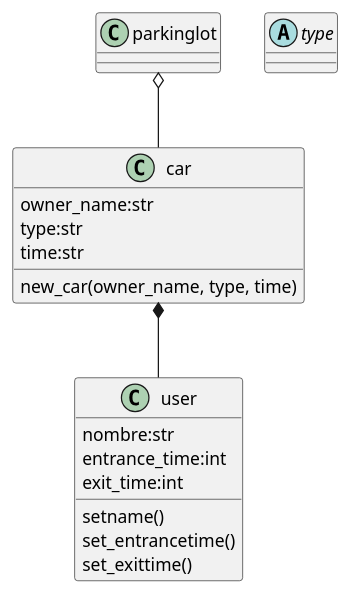
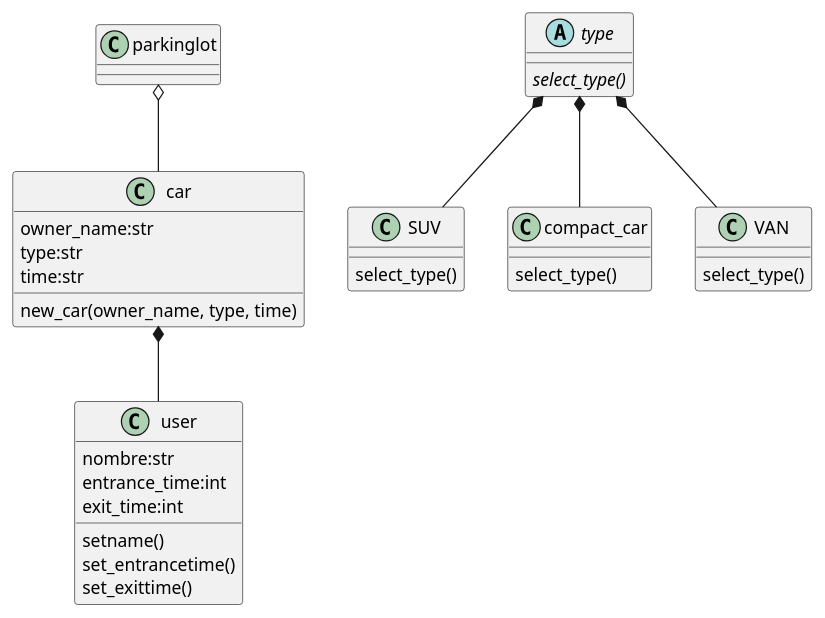
Before and after one commit to endercarteam/Parcial_2: the diagram in Parking_lot.puml, drawn with PlantUML.

```diff
--- a/Parking_lot.puml
+++ b/Parking_lot.puml
@@ -1,30 +1,46 @@
 class user{
 nombre:str
 entrance_time:int
 exit_time:int
 setname()
 set_entrancetime()
 set_exittime()
 }
 
 class car{
 owner_name:str
 type:str
 time:str
 new_car(owner_name, type, time)
 }
-abstract type
+abstract type{
+{abstract} select_type()
+
+}
+class SUV{
+select_type()
+}
+class compact_car{
+select_type()
+}
+class VAN{
+select_type()
+}
+
+type *-- SUV
+type *-- compact_car
+type *-- VAN
 
 
 parkinglot o-- car
 car *-- user
 
 
 
 
 
 
 
 
 
 @enduml
```
